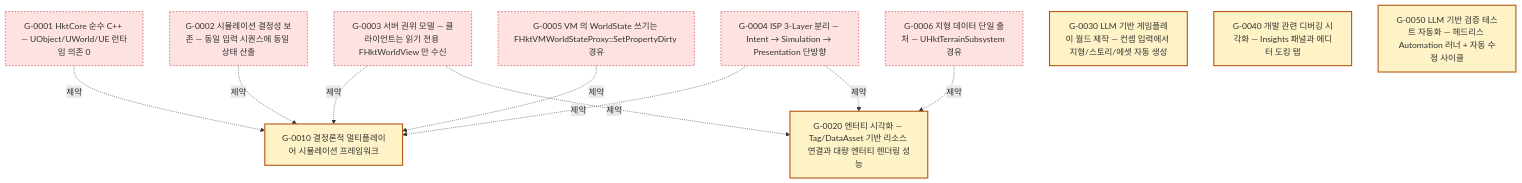
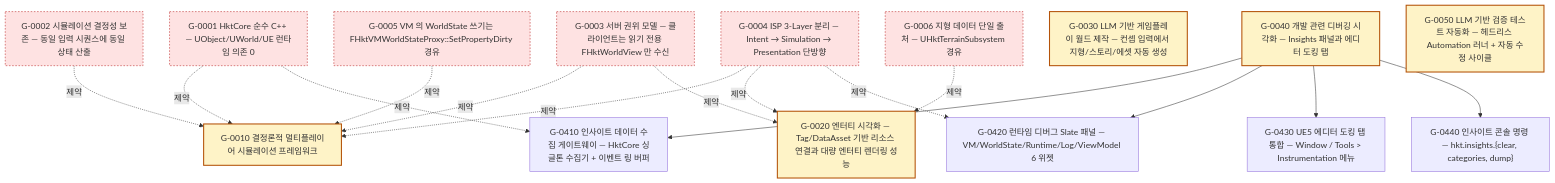
Before and after one commit to dkwkekzz/HktFramework: the diagram in Docs/goals/graph.mmd, drawn with Mermaid. The commit also changed 7 other files, not shown here.

```diff
--- a/Docs/goals/graph.mmd
+++ b/Docs/goals/graph.mmd
@@ -1,23 +1,33 @@
-%% 자동 생성 — 직접 수정 금지. Last generated: 2026-05-06T06:12:07+00:00
+%% 자동 생성 — 직접 수정 금지. Last generated: 2026-05-06T07:00:06+00:00
 graph TD
   G0001["G-0001 HktCore 순수 C++ — UObject/UWorld/UE 런타임 의존 0"]:::constraint
   G0002["G-0002 시뮬레이션 결정성 보존 — 동일 입력 시퀀스에 동일 상태 산출"]:::constraint
   G0003["G-0003 서버 권위 모델 — 클라이언트는 읽기 전용 FHktWorldView 만 수신"]:::constraint
   G0004["G-0004 ISP 3-Layer 분리 — Intent → Simulation → Presentation 단방향"]:::constraint
   G0005["G-0005 VM 의 WorldState 쓰기는 FHktVMWorldStateProxy::SetPropertyDirty 경유"]:::constraint
   G0006["G-0006 지형 데이터 단일 출처 — UHktTerrainSubsystem 경유"]:::constraint
   G0010["G-0010 결정론적 멀티플레이어 시뮬레이션 프레임워크"]:::pillar
   G0020["G-0020 엔터티 시각화 — Tag/DataAsset 기반 리소스 연결과 대량 엔터티 렌더링 성능"]:::pillar
   G0030["G-0030 LLM 기반 게임플레이 월드 제작 — 컨셉 입력에서 지형/스토리/에셋 자동 생성"]:::pillar
   G0040["G-0040 개발 관련 디버깅 시각화 — Insights 패널과 에디터 도킹 탭"]:::pillar
   G0050["G-0050 LLM 기반 검증 테스트 자동화 — 헤드리스 Automation 러너 + 자동 수정 사이클"]:::pillar
+  G0410["G-0410 인사이트 데이터 수집 게이트웨이 — HktCore 싱글톤 수집기 + 이벤트 링 버퍼"]
+  G0420["G-0420 런타임 디버그 Slate 패널 — VM/WorldState/Runtime/Log/ViewModel 6 위젯"]
+  G0430["G-0430 UE5 에디터 도킹 탭 통합 — Window / Tools > Instrumentation 메뉴"]
+  G0440["G-0440 인사이트 콘솔 명령 — hkt.insights.{clear, categories, dump}"]
+  G0040 --> G0410
+  G0040 --> G0420
+  G0040 --> G0430
+  G0040 --> G0440
   G0001 -. 제약 .-> G0010
   G0002 -. 제약 .-> G0010
   G0003 -. 제약 .-> G0010
   G0004 -. 제약 .-> G0010
   G0005 -. 제약 .-> G0010
   G0003 -. 제약 .-> G0020
   G0004 -. 제약 .-> G0020
   G0006 -. 제약 .-> G0020
+  G0001 -. 제약 .-> G0410
+  G0004 -. 제약 .-> G0420
   classDef pillar fill:#fef3c7,stroke:#b45309,stroke-width:2px;
   classDef constraint fill:#fee2e2,stroke:#b91c1c,stroke-width:1px,stroke-dasharray: 3 3;
```
